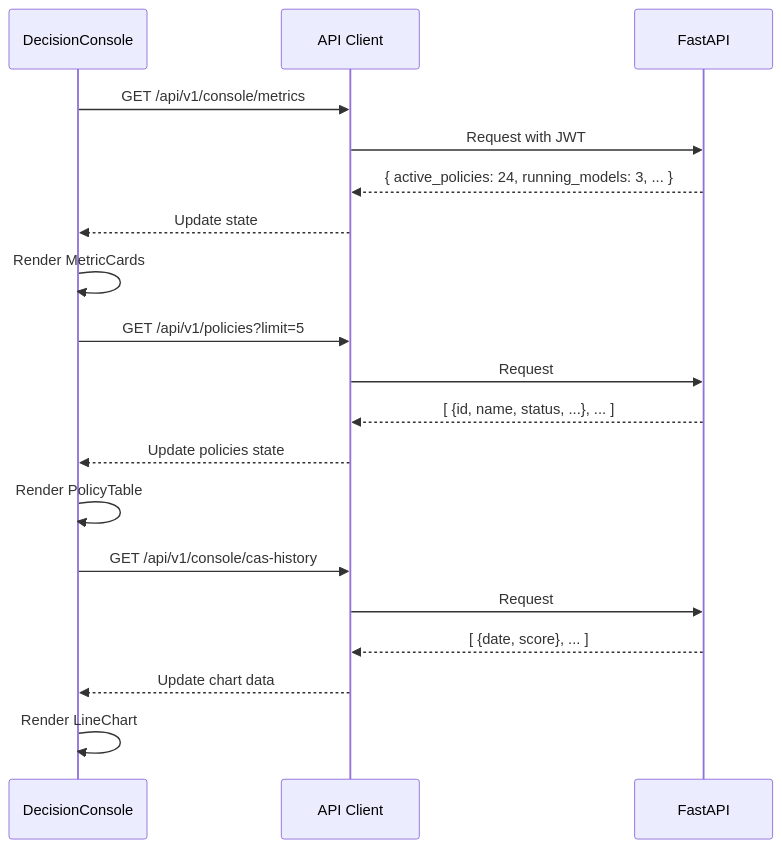
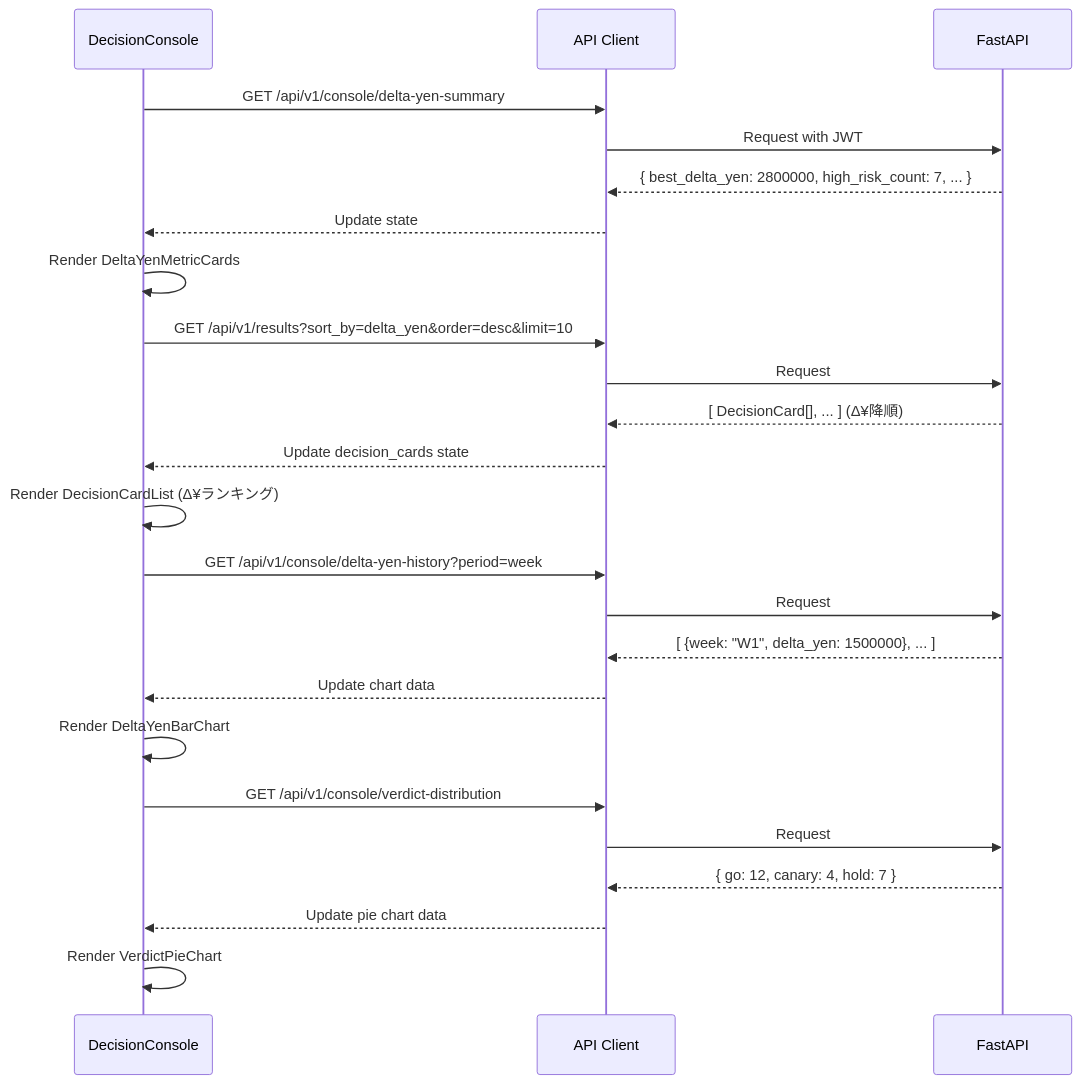
The fourth of 12 diagrams in docs/ui-design.md (onodera22ten/CQOx_gen), drawn with Mermaid before and after one commit. The commit also changed other lines of this file and 1 other file, not shown here.

````diff
--- a/docs/ui-design.md
+++ b/docs/ui-design.md
@@ -317,24 +356,30 @@
 ```mermaid
 sequenceDiagram
     participant Component as DecisionConsole
     participant API as API Client
     participant Backend as FastAPI
 
-    Component->>API: GET /api/v1/console/metrics
+    Component->>API: GET /api/v1/console/delta-yen-summary
     API->>Backend: Request with JWT
-    Backend-->>API: { active_policies: 24, running_models: 3, ... }
+    Backend-->>API: { best_delta_yen: 2800000, high_risk_count: 7, ... }
     API-->>Component: Update state
-    Component->>Component: Render MetricCards
+    Component->>Component: Render DeltaYenMetricCards
 
-    Component->>API: GET /api/v1/policies?limit=5
+    Component->>API: GET /api/v1/results?sort_by=delta_yen&order=desc&limit=10
     API->>Backend: Request
-    Backend-->>API: [ {id, name, status, ...}, ... ]
-    API-->>Component: Update policies state
-    Component->>Component: Render PolicyTable
+    Backend-->>API: [ DecisionCard[], ... ] (Δ¥降順)
+    API-->>Component: Update decision_cards state
+    Component->>Component: Render DecisionCardList (Δ¥ランキング)
 
-    Component->>API: GET /api/v1/console/cas-history
+    Component->>API: GET /api/v1/console/delta-yen-history?period=week
     API->>Backend: Request
-    Backend-->>API: [ {date, score}, ... ]
+    Backend-->>API: [ {week: "W1", delta_yen: 1500000}, ... ]
     API-->>Component: Update chart data
-    Component->>Component: Render LineChart
+    Component->>Component: Render DeltaYenBarChart
+
+    Component->>API: GET /api/v1/console/verdict-distribution
+    API->>Backend: Request
+    Backend-->>API: { go: 12, canary: 4, hold: 7 }
+    API-->>Component: Update pie chart data
+    Component->>Component: Render VerdictPieChart
 ```
````
